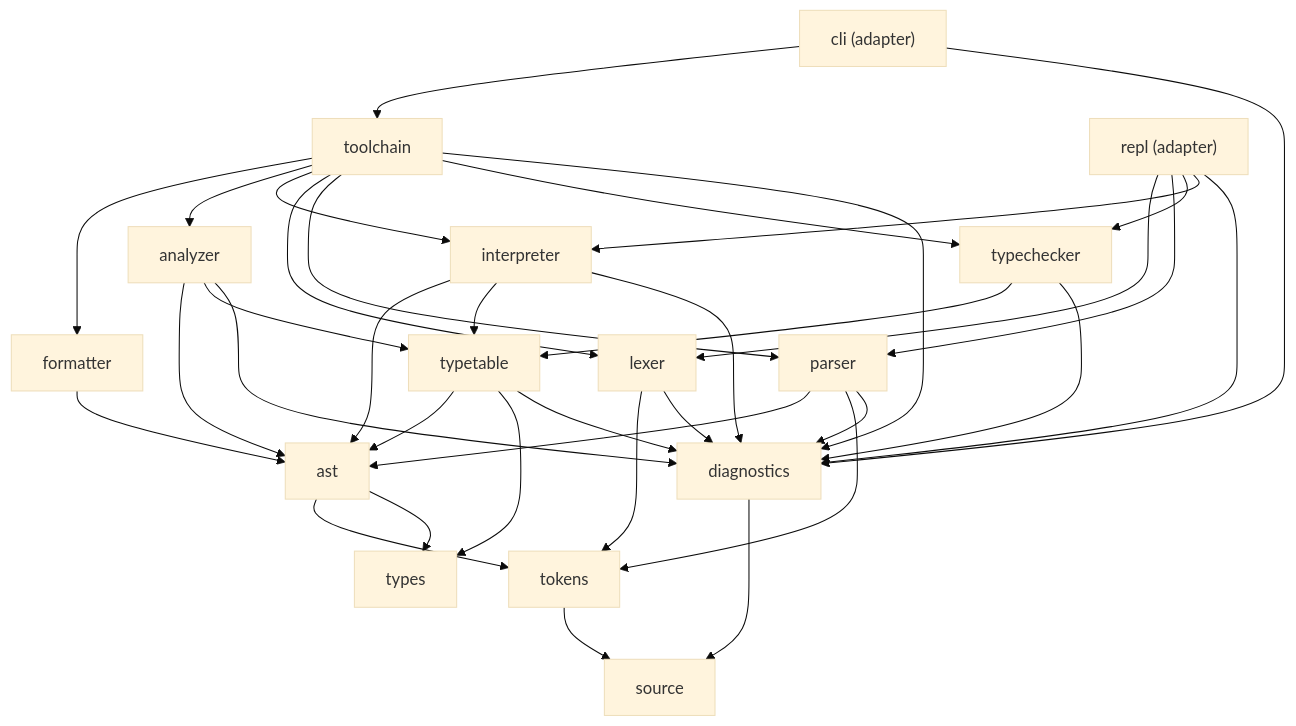
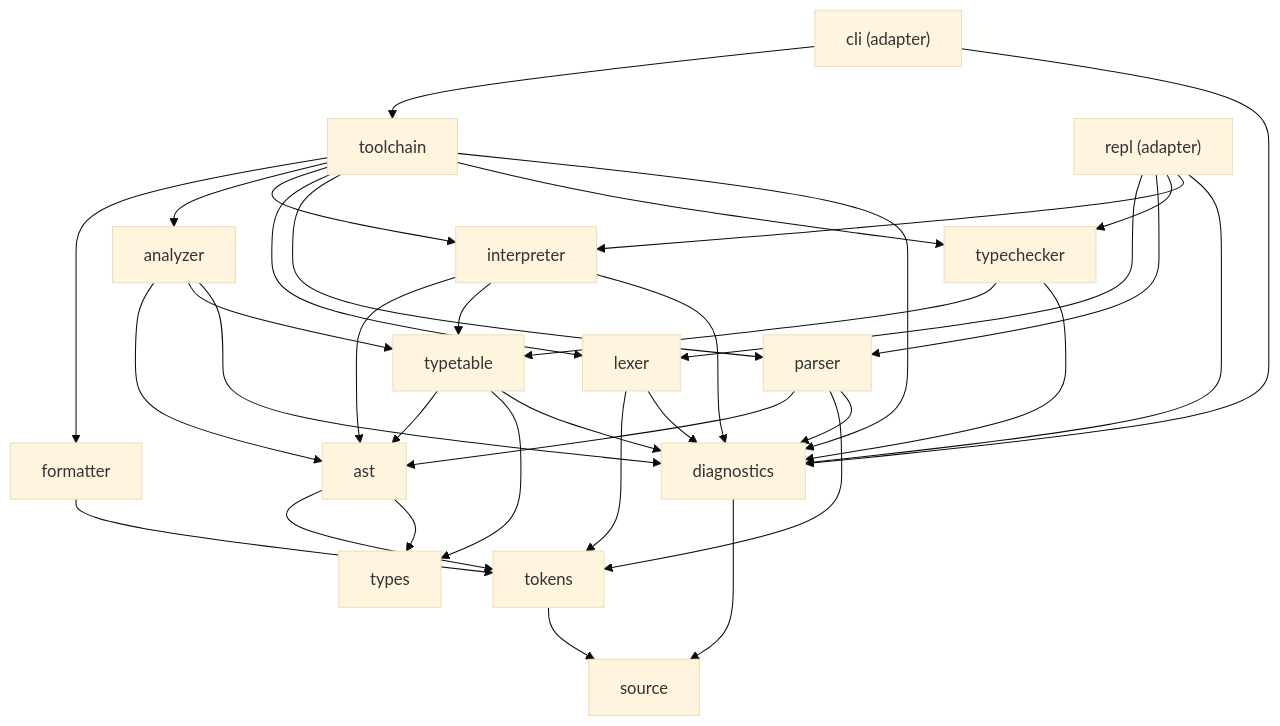
The first of 3 diagrams in docs/architecture.md (GarroteSantiago/printscript), drawn with Mermaid (base theme) before and after one commit. The commit also changed other lines of this file and 14 other files, not shown here.

````diff
--- a/docs/architecture.md
+++ b/docs/architecture.md
@@ -50,38 +50,38 @@
 ```mermaid
 graph TD
     cli["cli (adapter)"] --> toolchain
     cli --> diagnostics
     repl["repl (adapter)"] --> lexer
     repl --> parser
     repl --> typechecker
     repl --> interpreter
     toolchain --> formatter
     toolchain --> analyzer
     toolchain --> interpreter
     toolchain --> lexer
     toolchain --> parser
     toolchain --> typechecker
     interpreter --> ast
     interpreter --> typetable
-    formatter --> ast
+    formatter --> tokens
     analyzer --> ast
     analyzer --> typetable
     typechecker --> typetable
     typetable --> ast
     typetable --> types
     parser --> ast
     parser --> tokens
     ast --> tokens
     ast --> types
     lexer --> tokens
     tokens --> source
     diagnostics --> source
     lexer --> diagnostics
     parser --> diagnostics
     typetable --> diagnostics
     typechecker --> diagnostics
     interpreter --> diagnostics
     analyzer --> diagnostics
     toolchain --> diagnostics
     repl --> diagnostics
 ```
````
